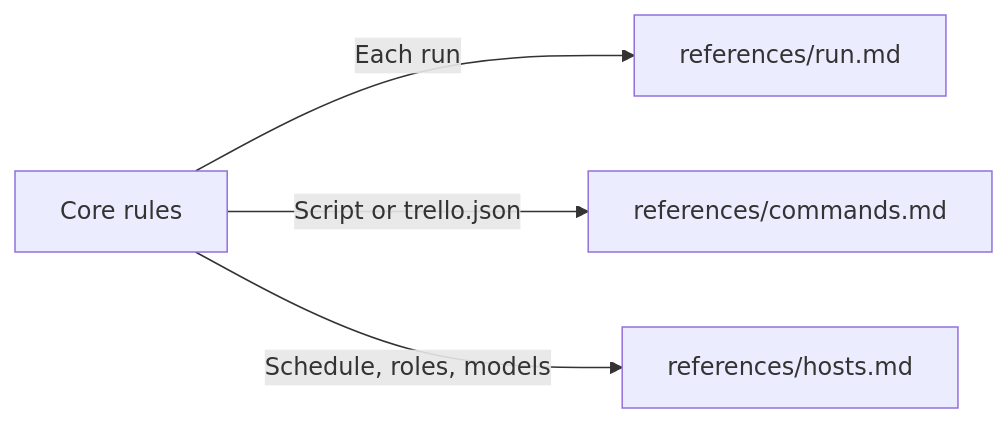
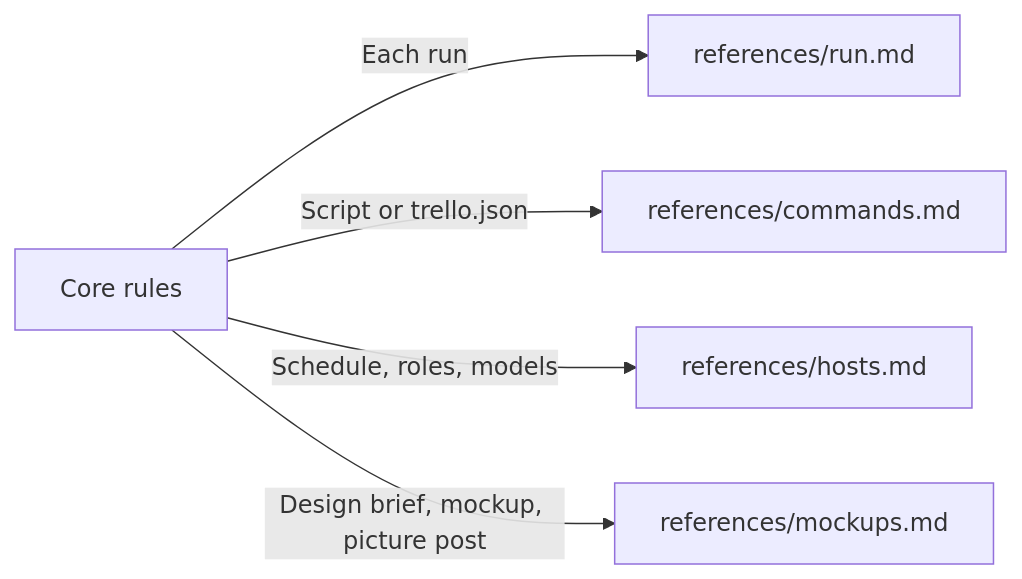
Before and after one commit to sgaabdu4/hard-eng: the diagram in .agents/skills/trello-coordinator/SKILL.md, drawn with Mermaid. The commit also changed 8 other files, not shown here.

Commit message:
Add the Trello mockup standard: a rules brief for every design brief, a proof file beside every posted picture, and the closing line on new-screen posts, because the owner asked for the mockup flow to be the default for every board

````diff
--- a/.agents/skills/trello-coordinator/SKILL.md
+++ b/.agents/skills/trello-coordinator/SKILL.md
@@ -15,9 +15,11 @@
 ```mermaid
 flowchart LR
   C[Core rules] -->|Each run| R[references/run.md]
   C -->|Script or trello.json| K[references/commands.md]
   C -->|Schedule, roles, models| H[references/hosts.md]
+  C -->|Design brief, mockup, picture post| M[references/mockups.md]
   click R "references/run.md"
   click K "references/commands.md"
   click H "references/hosts.md"
+  click M "references/mockups.md"
 ```
````
